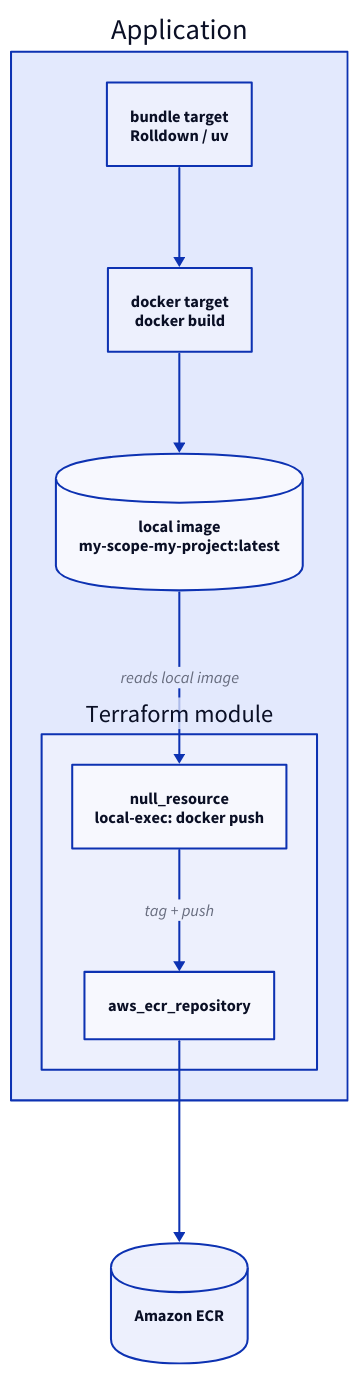
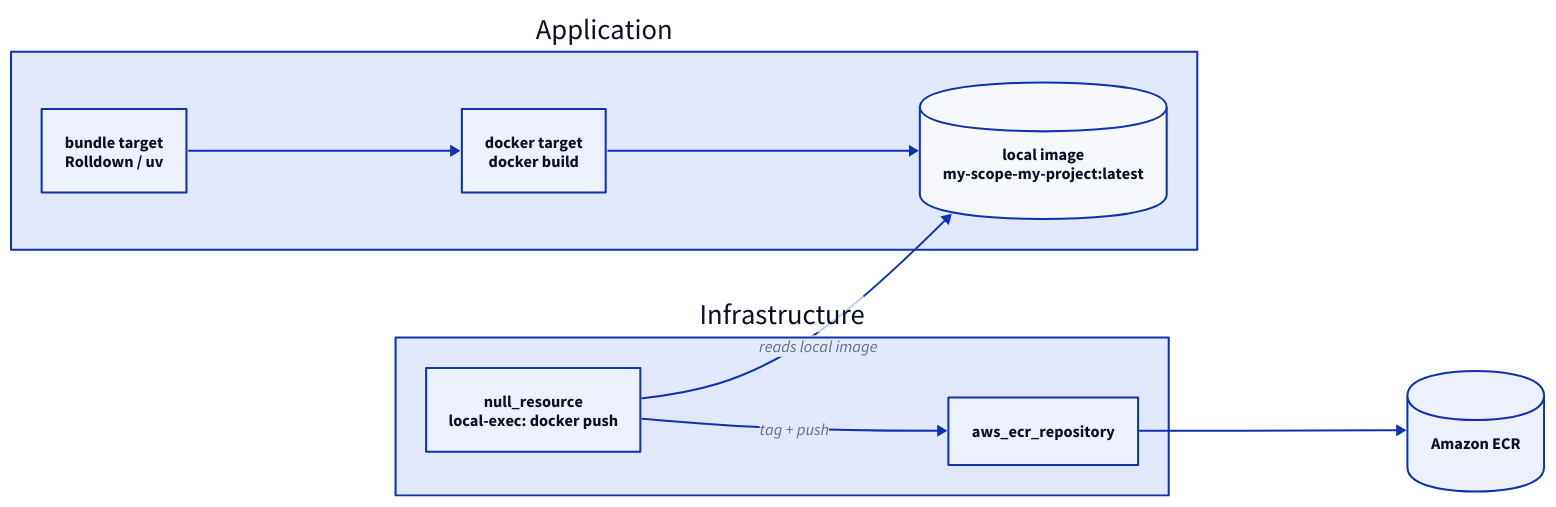
One commit to awslabs/nx-plugin-for-aws changed the third of 3 diagrams in docs/src/content/docs/en/guides/docker-bundling.mdx. Above: the diagram before and after it, drawn with D2. The commit also changed other lines of this file, not shown here.

Commit message:
docs(docker-bundling): split Application and Infrastructure containers
Both the CDK and Terraform diagrams now use two top-level containers:
"Application" holds the bundle/build targets and their outputs, while
"Infrastructure" holds the IaC-specific resources (DockerImageAsset
for CDK, null_resource + aws_ecr_repository for Terraform).

The Terraform diagram is back to direction: right with the Infrastructure
container stacking publish above repo so the whole flow fits on two
horizontal rows, matching the CDK diagram's shape.

````diff
--- a/docs/src/content/docs/en/guides/docker-bundling.mdx
+++ b/docs/src/content/docs/en/guides/docker-bundling.mdx
@@ -315,24 +316,25 @@
 ```d2
-direction: down
+direction: right
 
 app: Application {
   bundle: "bundle target\nRolldown / uv"
   build: "docker target\ndocker build"
   img: "local image\nmy-scope-my-project:latest" {
     shape: cylinder
   }
-  tf: Terraform module {
-    repo: aws_ecr_repository
-    publish: "null_resource\nlocal-exec: docker push"
-    publish -> repo: tag + push
-  }
   bundle -> build -> img
-  img -> tf.publish: reads local image
+}
+
+infra: Infrastructure {
+  publish: "null_resource\nlocal-exec: docker push"
+  repo: aws_ecr_repository
+  publish -> repo: tag + push
 }
 
 ecr: "Amazon ECR" {
   shape: cylinder
 }
 
-app.tf.repo -> ecr
+infra.publish -> app.img: reads local image
+infra.repo -> ecr
 ```
````
